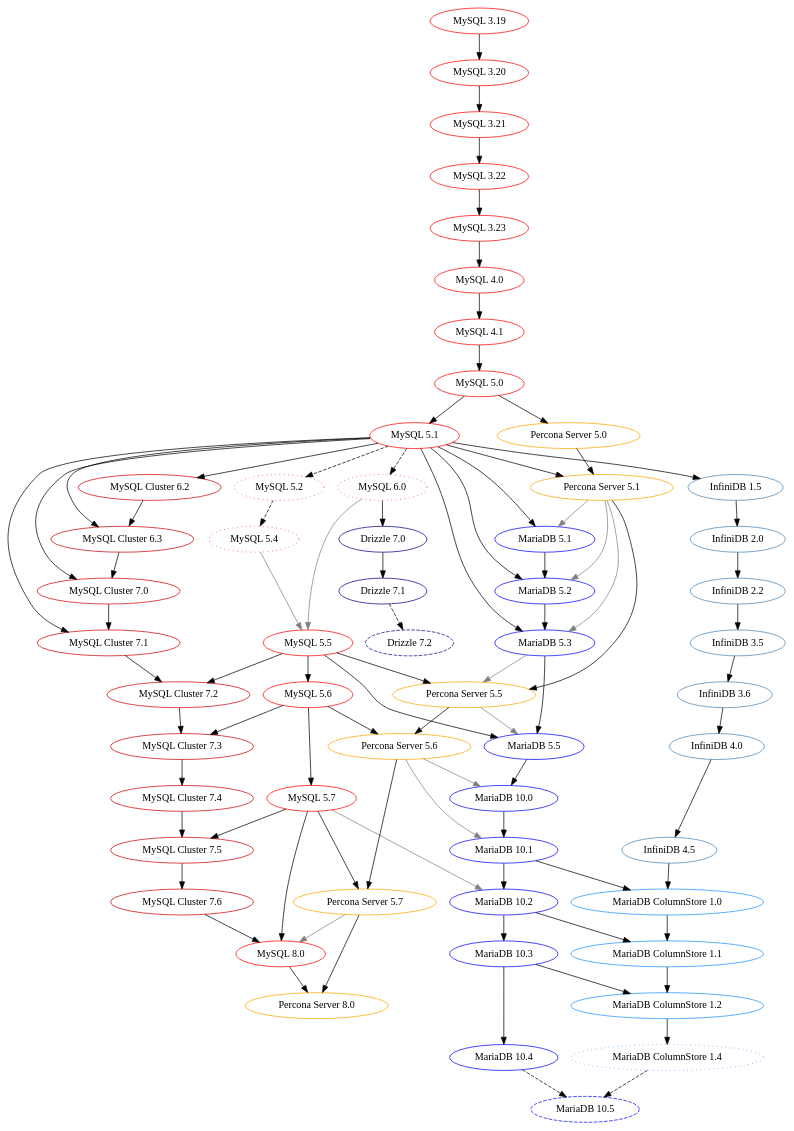
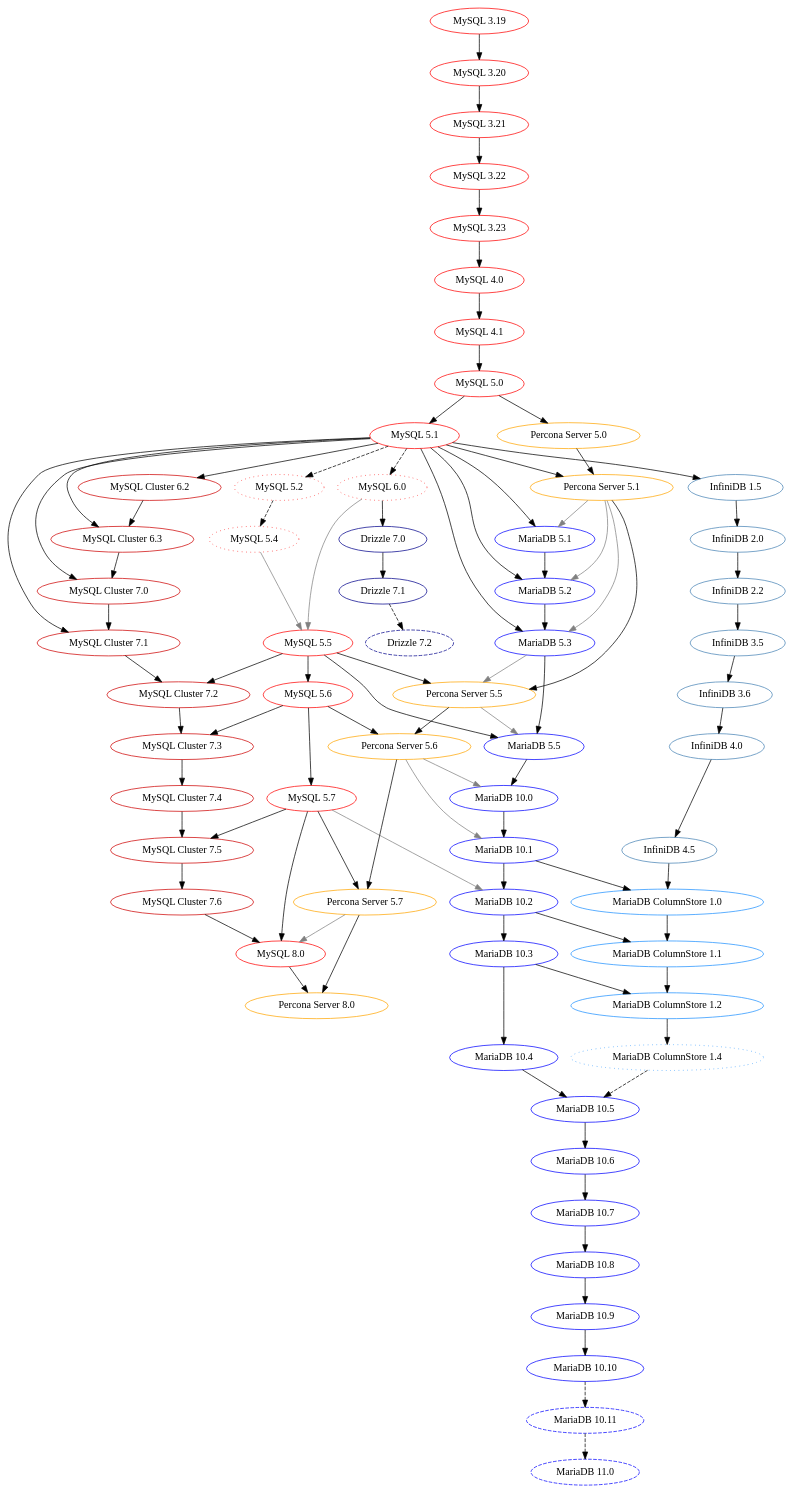
The diagram in mysql-history-graph.dot (dveeden/mysql-history-graph), drawn with Graphviz before and after one commit. The commit also changed 2 other files, not shown here.

Commit message:
Update with the latest MariaDB releases

```diff
--- a/mysql-history-graph.dot
+++ b/mysql-history-graph.dot
@@ -1,183 +1,199 @@
 digraph mysql_history_graph {
-	/* Standards:
+    /* vim: tabstop=4
+
+	   Standards:
 	   Non-GA: 		                    dashed
 	   Abandoned / No public release: 	dotted
 	   Oracle MySQL: 	                red
 	   MySQL Cluster: 	                red3
 	   MariaDB: 		                blue
        InfiniDB:                        steelblue
        MariaDB ColumnStore:             dodgerblue
 	   Drizzle: 		                blue4
 	   Percona Server: 	                orange
 	*/
 
 	/* MySQL/Sun/Oracle MySQL GA */
 	"MySQL 3.19" [color="red"];
 	"MySQL 3.20" [color="red"];
 	"MySQL 3.21" [color="red"];
 	"MySQL 3.22" [color="red"];
 	"MySQL 3.23" [color="red"];
 	"MySQL 4.0" [color="red"];
 	"MySQL 4.1" [color="red"];
 	"MySQL 5.0" [color="red"];
 	"MySQL 5.1" [color="red"];
 	"MySQL 5.5" [color="red"];
 	"MySQL 5.6" [color="red"];
 	"MySQL 5.7" [color="red"];
 	"MySQL 8.0" [color="red"];
 	"MySQL 3.19" -> "MySQL 3.20";
 	"MySQL 3.20" -> "MySQL 3.21";
 	"MySQL 3.21" -> "MySQL 3.22";
 	"MySQL 3.22" -> "MySQL 3.23";
 	"MySQL 3.23" -> "MySQL 4.0";
 	"MySQL 4.0" -> "MySQL 4.1";
 	"MySQL 4.1" -> "MySQL 5.0";
 	"MySQL 5.0" -> "MySQL 5.1";
 	"MySQL 6.0" -> "MySQL 5.5" [color="grey"]; // Optimizer improvements
 	"MySQL 5.4" -> "MySQL 5.5" [color="grey"]; // InnoDB Scalability
 	"MySQL 5.5" -> "MySQL 5.6";
 	"MySQL 5.6" -> "MySQL 5.7";
 	"MySQL 5.7" -> "MySQL 8.0";
 	"MySQL Cluster 7.6" -> "MySQL 8.0";
 
 	/* MySQL/Sun/Oracle non-GA */	
 	"MySQL 5.2" [color="red",style="dotted"];
 	"MySQL 5.4" [color="red",style="dotted"];
 	"MySQL 6.0" [color="red",style="dotted"];
 	"MySQL 5.1" -> "MySQL 5.2" [style="dashed"];
 	"MySQL 5.1" -> "MySQL 6.0" [style="dashed"];
 	"MySQL 5.2" -> "MySQL 5.4" [style="dashed"];
 
 	// Buffer pool mutex split patch, temp table replication improvements in RBR/MBR, numerous bugfixes
 	"Percona Server 5.7" -> "MySQL 8.0" [color="grey"];
 
 	/* MySQL Cluster (NDB) */
 	"MySQL Cluster 6.2" [color="red3"]
 	"MySQL Cluster 6.3" [color="red3"]
 	"MySQL Cluster 7.0" [color="red3"]
 	"MySQL Cluster 7.1" [color="red3"]
 	"MySQL Cluster 7.2" [color="red3"]
 	"MySQL Cluster 7.3"  [color="red3"]
 	"MySQL Cluster 7.4"  [color="red3"]
 	"MySQL Cluster 7.5"  [color="red3"]
 	"MySQL Cluster 7.6"  [color="red3"]
 	"MySQL 5.1" -> "MySQL Cluster 6.2";
 	"MySQL 5.1" -> "MySQL Cluster 6.3";
 	"MySQL Cluster 6.2" -> "MySQL Cluster 6.3";
 	"MySQL 5.1" -> "MySQL Cluster 7.0";
 	"MySQL Cluster 6.3" -> "MySQL Cluster 7.0";
 	"MySQL 5.1" -> "MySQL Cluster 7.1";
 	"MySQL Cluster 7.0" -> "MySQL Cluster 7.1";
 	"MySQL 5.5" -> "MySQL Cluster 7.2";
 	"MySQL Cluster 7.1" -> "MySQL Cluster 7.2";
 	"MySQL 5.6" -> "MySQL Cluster 7.3";
 	"MySQL Cluster 7.2" -> "MySQL Cluster 7.3";
 	"MySQL Cluster 7.3" -> "MySQL Cluster 7.4";
 	"MySQL 5.7" -> "MySQL Cluster 7.5";
 	"MySQL Cluster 7.4" -> "MySQL Cluster 7.5";
 	"MySQL Cluster 7.5" -> "MySQL Cluster 7.6";
 
 	/* MariaDB */
 	"MariaDB 5.1" [color="blue"];
 	"MariaDB 5.2" [color="blue"];
 	"MariaDB 5.3" [color="blue"];
 	"MariaDB 5.5" [color="blue"];
 	"MariaDB 10.0" [color="blue"];
 	"MariaDB 10.1" [color="blue"];
 	"MariaDB 10.2" [color="blue"];
 	"MariaDB 10.3" [color="blue"];
 	"MariaDB 10.4" [color="blue"];
-	"MariaDB 10.5" [color="blue", style="dashed"];
+	"MariaDB 10.5" [color="blue"];
+	"MariaDB 10.6" [color="blue"];
+	"MariaDB 10.7" [color="blue"];
+	"MariaDB 10.8" [color="blue"];
+	"MariaDB 10.9" [color="blue"];
+	"MariaDB 10.10" [color="blue"];
+	"MariaDB 10.11" [color="blue", style="dashed"];
+	"MariaDB 11.0" [color="blue", style="dashed"];
 	"MySQL 5.1" -> "MariaDB 5.1";
 	"Percona Server 5.1" -> "MariaDB 5.1" [color="grey"]; // XtraDB
 	"MySQL 5.1" -> "MariaDB 5.2";
 	"MariaDB 5.1" -> "MariaDB 5.2";
 	"Percona Server 5.1" -> "MariaDB 5.2" [color="grey"]; // XtraDB
 	"MySQL 5.1" -> "MariaDB 5.3";
 	"MariaDB 5.2" -> "MariaDB 5.3";
 	"Percona Server 5.1" -> "MariaDB 5.3" [color="grey"]; // XtraDB
 	"MySQL 5.5" -> "MariaDB 5.5";
 	"MariaDB 5.3" -> "MariaDB 5.5";
 	"Percona Server 5.5" -> "MariaDB 5.5" [color="grey"]; // XtraDB
 	"MariaDB 5.5" -> "MariaDB 10.0";
 	"MariaDB 10.0" -> "MariaDB 10.1";
 	"Percona Server 5.6" -> "MariaDB 10.0" [color="grey"]; // XtraDB
 	"MariaDB 10.1" -> "MariaDB 10.2"; // InnoDB
 	"Percona Server 5.6" -> "MariaDB 10.1" [color="grey"]; // XtraDB
 	"MariaDB 10.2" -> "MariaDB 10.3";
 	"MySQL 5.7" -> "MariaDB 10.2" [color="grey"]; // InnoDB
 
         /*
          * https://mariadb.com/kb/en/innodb-versions/
          * "In MariaDB 10.3.7 and later, the InnoDB implementation has diverged
          * substantially from the InnoDB in MySQL. Therefore, in these versions,
          * the InnoDB version is no longer associated with a MySQL release
          * version."
          */
 	"MariaDB 10.3" -> "MariaDB 10.4";
-	"MariaDB 10.4" -> "MariaDB 10.5" [style="dashed"];
+	"MariaDB 10.4" -> "MariaDB 10.5";
+	"MariaDB 10.5" -> "MariaDB 10.6";
+	"MariaDB 10.6" -> "MariaDB 10.7";
+	"MariaDB 10.7" -> "MariaDB 10.8";
+	"MariaDB 10.8" -> "MariaDB 10.9";
+	"MariaDB 10.9" -> "MariaDB 10.10";
+	"MariaDB 10.10" -> "MariaDB 10.11" [style="dashed"];
+	"MariaDB 10.11" -> "MariaDB 11.0" [style="dashed"];
 
     /* InfiniDB */
     "InfiniDB 1.5" [color="steelblue"];
     "InfiniDB 2.0" [color="steelblue"];
     "InfiniDB 2.2" [color="steelblue"];
     "InfiniDB 3.5" [color="steelblue"];
     "InfiniDB 3.6" [color="steelblue"];
     "InfiniDB 4.0" [color="steelblue"];
     "InfiniDB 4.5" [color="steelblue"];
     "MySQL 5.1" -> "InfiniDB 1.5";
     "InfiniDB 1.5" -> "InfiniDB 2.0";
     "InfiniDB 2.0" -> "InfiniDB 2.2";
     "InfiniDB 2.2" -> "InfiniDB 3.5";
     "InfiniDB 3.5" -> "InfiniDB 3.6";
     "InfiniDB 3.6" -> "InfiniDB 4.0";
     "InfiniDB 4.0" -> "InfiniDB 4.5";
 
     /* MariaDB ColumnStore */
     "MariaDB ColumnStore 1.0" [color="dodgerblue"];
     "MariaDB ColumnStore 1.1" [color="dodgerblue"];
     "MariaDB ColumnStore 1.2" [color="dodgerblue"];
     /*
      * ColumnStore is no longer a fork with 1.4 but released as part of MariaDB
      * Enterprise 10.4. The codebase is still separate at this time though.
      * Timing meant it couldn't make it to community 10.4 but the two are
      * expected to merge for 10.5.
      */
     "MariaDB ColumnStore 1.4" [color="dodgerblue",style="dotted"]; // Enterprise only, no longer fork
     "InfiniDB 4.5" -> "MariaDB ColumnStore 1.0";
     "MariaDB 10.1" -> "MariaDB ColumnStore 1.0";
     "MariaDB ColumnStore 1.0" -> "MariaDB ColumnStore 1.1";
     "MariaDB 10.2" -> "MariaDB ColumnStore 1.1";
     "MariaDB ColumnStore 1.1" -> "MariaDB ColumnStore 1.2";
     "MariaDB 10.3" -> "MariaDB ColumnStore 1.2";
     "MariaDB ColumnStore 1.2" -> "MariaDB ColumnStore 1.4";
     "MariaDB ColumnStore 1.4" -> "MariaDB 10.5" [style="dashed"]; // Tentative
 
 	/* Percona Server */
 	"Percona Server 5.0" [color="orange"];
 	"Percona Server 5.1" [color="orange"];
 	"Percona Server 5.5" [color="orange"];
 	"Percona Server 5.6" [color="orange"];
 	"Percona Server 5.7" [color="orange"];
 	"Percona Server 8.0" [color="orange"];
 	"MySQL 5.0" -> "Percona Server 5.0";
 	"MySQL 5.1" -> "Percona Server 5.1";
 	"Percona Server 5.0" -> "Percona Server 5.1";
 	"MySQL 5.5" -> "Percona Server 5.5";
 	"Percona Server 5.1" -> "Percona Server 5.5";
 	"MariaDB 5.3" -> "Percona Server 5.5" [color="grey"]; // group commit
 	"MySQL 5.6" -> "Percona Server 5.6";
 	"Percona Server 5.5" -> "Percona Server 5.6";
 	"MySQL 5.7" -> "Percona Server 5.7";
 	"Percona Server 5.6" -> "Percona Server 5.7";
 	"Percona Server 5.7" -> "Percona Server 8.0";
 	"MySQL 8.0" -> "Percona Server 8.0";
 
 	/* Drizzle */
 	"Drizzle 7.0" [color="blue4"];
 	"Drizzle 7.1" [color="blue4"];
 	"Drizzle 7.2" [color="blue4", style="dashed"];
 	"MySQL 6.0" -> "Drizzle 7.0";
 	"Drizzle 7.0" -> "Drizzle 7.1";
 	"Drizzle 7.1" -> "Drizzle 7.2" [style="dashed"];
 }
```
